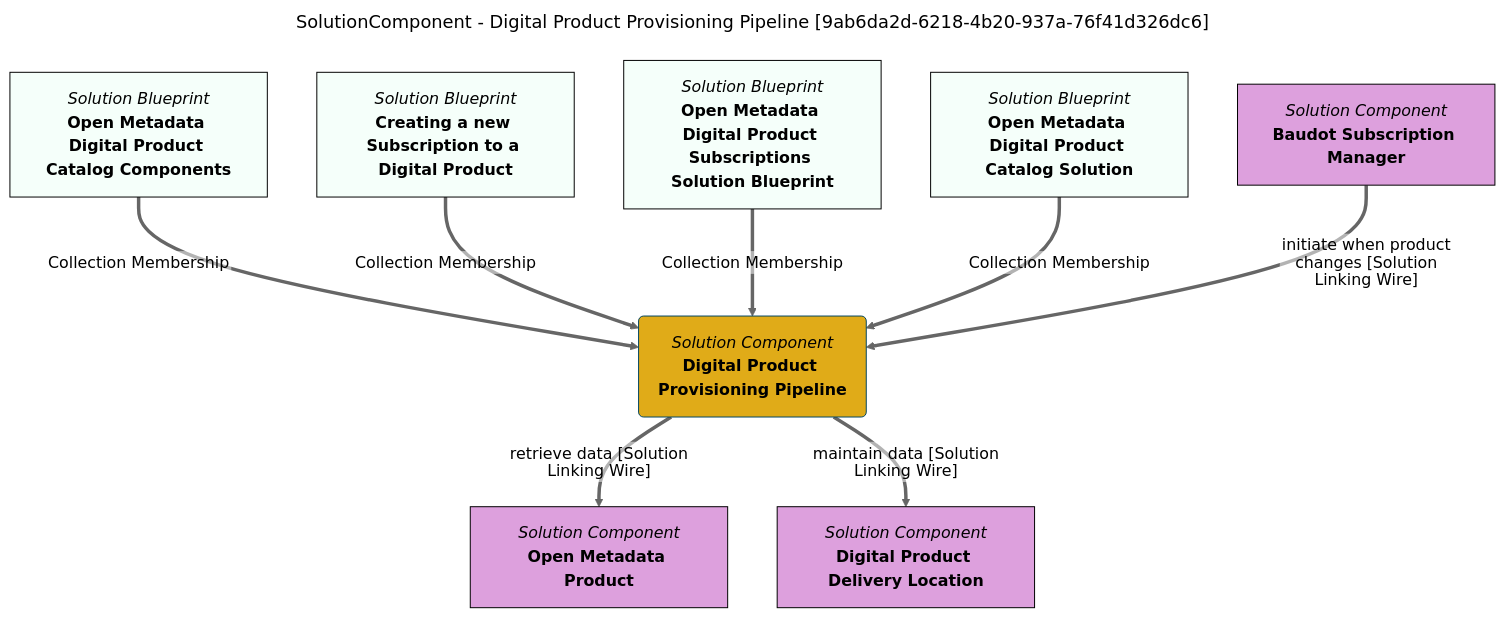
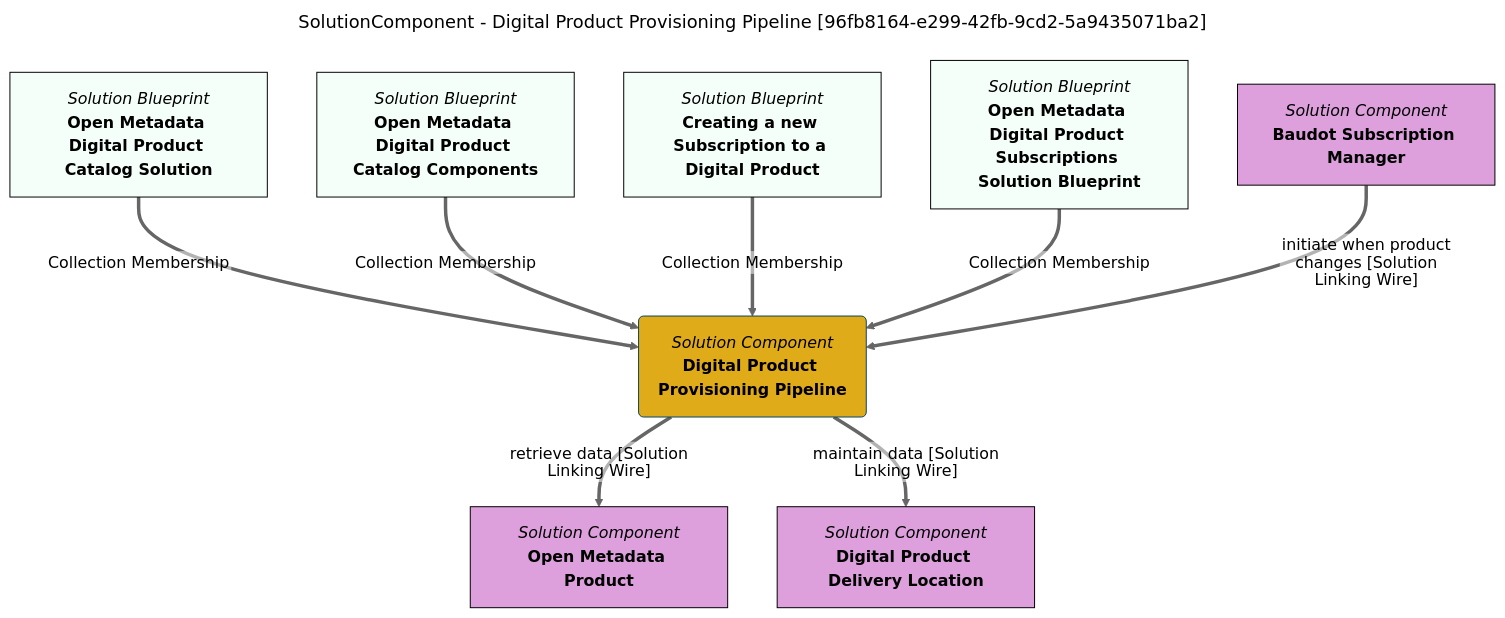
The diagram in site/snippets/blueprints/components/digital-product-provisioning-pipeline-mermaid-graph.md (odpi/egeria-docs), drawn with Mermaid (neutral theme) before and after one commit. The commit also changed 2201 other files, not shown here.

````diff
--- a/site/snippets/blueprints/components/digital-product-provisioning-pipeline-mermaid-graph.md
+++ b/site/snippets/blueprints/components/digital-product-provisioning-pipeline-mermaid-graph.md
@@ -1,39 +1,39 @@
 ```mermaid
 ---
-title: SolutionComponent - Digital Product Provisioning Pipeline [9ab6da2d-6218-4b20-937a-76f41d326dc6]
+title: SolutionComponent - Digital Product Provisioning Pipeline [96fb8164-e299-42fb-9cd2-5a9435071ba2]
 ---
 flowchart TD
 %%{init: {"flowchart": {"htmlLabels": false}} }%%
 
 1@{ shape: rounded, label: "*Solution Component*
 **Digital Product Provisioning Pipeline**"}
 2@{ shape: rect, label: "*Solution Blueprint*
-**Open Metadata Digital Product Catalog Components**"}
+**Open Metadata Digital Product Catalog Solution**"}
 2==>|"Collection Membership"|1
 3@{ shape: rect, label: "*Solution Blueprint*
-**Creating a new Subscription to a Digital Product**"}
+**Open Metadata Digital Product Catalog Components**"}
 3==>|"Collection Membership"|1
 4@{ shape: rect, label: "*Solution Blueprint*
-**Open Metadata Digital Product Subscriptions Solution Blueprint**"}
+**Creating a new Subscription to a Digital Product**"}
 4==>|"Collection Membership"|1
 5@{ shape: rect, label: "*Solution Blueprint*
-**Open Metadata Digital Product Catalog Solution**"}
+**Open Metadata Digital Product Subscriptions Solution Blueprint**"}
 5==>|"Collection Membership"|1
 6@{ shape: rect, label: "*Solution Component*
 **Open Metadata Product**"}
 1==>|"retrieve data [Solution Linking Wire]"|6
 7@{ shape: rect, label: "*Solution Component*
 **Digital Product Delivery Location**"}
 1==>|"maintain data [Solution Linking Wire]"|7
 8@{ shape: rect, label: "*Solution Component*
 **Baudot Subscription Manager**"}
 8==>|"initiate when product changes [Solution Linking Wire]"|1
 style 1 color:#000000, fill:#e0ab18, stroke:#004563
 style 2 color:#000000, fill:#f5fffa, stroke:#000000
 style 3 color:#000000, fill:#f5fffa, stroke:#000000
 style 4 color:#000000, fill:#f5fffa, stroke:#000000
 style 5 color:#000000, fill:#f5fffa, stroke:#000000
-style 6 color:#000000, fill:#dda0dd, stroke:#000000
-style 7 color:#000000, fill:#dda0dd, stroke:#000000
-style 8 color:#000000, fill:#dda0dd, stroke:#000000
+style 6 color:#000000, fill:#DDA0DD, stroke:#000000
+style 7 color:#000000, fill:#DDA0DD, stroke:#000000
+style 8 color:#000000, fill:#DDA0DD, stroke:#000000
 ```
````
